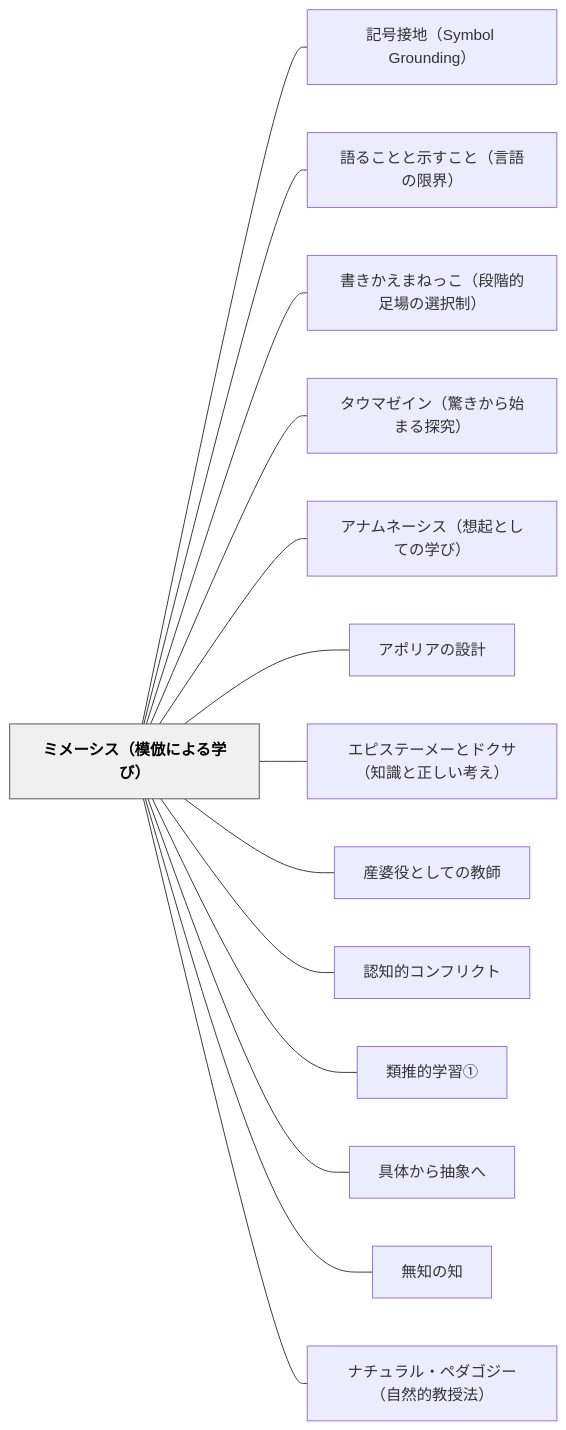
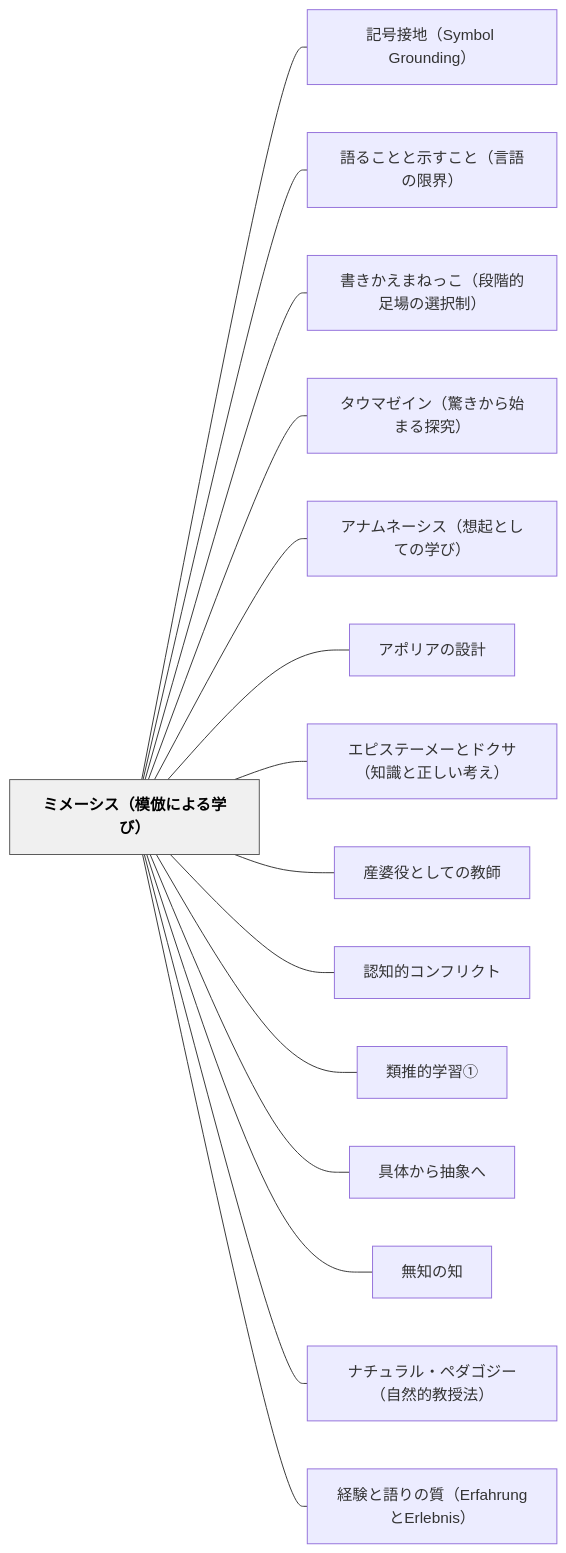
One commit to unknownthings-ed-patterns/unknownthings-ed-patterns changed the diagram in content/パタン/ミメーシス（模倣による学び）.md. Above: the diagram before and after it, drawn with Mermaid. The commit also changed other lines of this file and 9 other files, not shown here.

````diff
--- a/content/パタン/ミメーシス（模倣による学び）.md
+++ b/content/パタン/ミメーシス（模倣による学び）.md
@@ -291,34 +294,36 @@
 ```mermaid
 flowchart LR
     ne3839fe383a1e383bce382b7e382b9efbc88e6a8a1e580a3e381abe38288e3828be5ada6e381b3efbc89["ミメーシス（模倣による学び）"]
     ne8a898e58fb7e68ea5e59cb0efbc8853796d626f6c2047726f756e64696e67efbc89["記号接地（Symbol Grounding）"]
     ne8aa9ee3828be38193e381a8e381a8e7a4bae38199e38193e381a8efbc88e8a880e8aa9ee381aee99990e7958cefbc89["語ることと示すこと（言語の限界）"]
     ne69bb8e3818de3818be38188e381bee381ade381a3e38193efbc88e6aeb5e99a8ee79a84e8b6b3e5a0b4e381aee981b8e68a9ee588b6efbc89["書きかえまねっこ（段階的足場の選択制）"]
     ne382bfe382a6e3839ee382bce382a4e383b3efbc88e9a99ae3818de3818be38289e5a78be381bee3828be68ea2e7a9b6efbc89["タウマゼイン（驚きから始まる探究）"]
     ne382a2e3838ae383a0e3838de383bce382b7e382b9efbc88e683b3e8b5b7e381a8e38197e381a6e381aee5ada6e381b3efbc89["アナムネーシス（想起としての学び）"]
     ne382a2e3839de383aae382a2e381aee8a8ade8a888["アポリアの設計"]
     ne382a8e38394e382b9e38386e383bce383a1e383bce381a8e38389e382afe382b5efbc88e79fa5e8ad98e381a8e6ada3e38197e38184e88083e38188efbc89["エピステーメーとドクサ（知識と正しい考え）"]
     ne794a3e5a986e5bdb9e381a8e38197e381a6e381aee69599e5b8ab["産婆役としての教師"]
     ne8aa8de79fa5e79a84e382b3e383b3e38395e383aae382afe38388["認知的コンフリクト"]
     ne9a19ee68ea8e79a84e5ada6e7bf92e291a0["類推的学習①"]
     ne585b7e4bd93e3818be38289e68abde8b1a1e381b8["具体から抽象へ"]
     ne784a1e79fa5e381aee79fa5["無知の知"]
     ne3838ae38381e383a5e383a9e383abe383bbe3839ae38380e382b4e382b8e383bcefbc88e887aae784b6e79a84e69599e68e88e6b395efbc89["ナチュラル・ペダゴジー（自然的教授法）"]
+    ne7b58ce9a893e381a8e8aa9ee3828ae381aee8b3aaefbc88457266616872756e67e381a845726c65626e6973efbc89["経験と語りの質（ErfahrungとErlebnis）"]
 
     ne3839fe383a1e383bce382b7e382b9efbc88e6a8a1e580a3e381abe38288e3828be5ada6e381b3efbc89 --- ne8a898e58fb7e68ea5e59cb0efbc8853796d626f6c2047726f756e64696e67efbc89
     ne3839fe383a1e383bce382b7e382b9efbc88e6a8a1e580a3e381abe38288e3828be5ada6e381b3efbc89 --- ne8aa9ee3828be38193e381a8e381a8e7a4bae38199e38193e381a8efbc88e8a880e8aa9ee381aee99990e7958cefbc89
     ne3839fe383a1e383bce382b7e382b9efbc88e6a8a1e580a3e381abe38288e3828be5ada6e381b3efbc89 --- ne69bb8e3818de3818be38188e381bee381ade381a3e38193efbc88e6aeb5e99a8ee79a84e8b6b3e5a0b4e381aee981b8e68a9ee588b6efbc89
     ne3839fe383a1e383bce382b7e382b9efbc88e6a8a1e580a3e381abe38288e3828be5ada6e381b3efbc89 --- ne382bfe382a6e3839ee382bce382a4e383b3efbc88e9a99ae3818de3818be38289e5a78be381bee3828be68ea2e7a9b6efbc89
     ne3839fe383a1e383bce382b7e382b9efbc88e6a8a1e580a3e381abe38288e3828be5ada6e381b3efbc89 --- ne382a2e3838ae383a0e3838de383bce382b7e382b9efbc88e683b3e8b5b7e381a8e38197e381a6e381aee5ada6e381b3efbc89
     ne3839fe383a1e383bce382b7e382b9efbc88e6a8a1e580a3e381abe38288e3828be5ada6e381b3efbc89 --- ne382a2e3839de383aae382a2e381aee8a8ade8a888
     ne3839fe383a1e383bce382b7e382b9efbc88e6a8a1e580a3e381abe38288e3828be5ada6e381b3efbc89 --- ne382a8e38394e382b9e38386e383bce383a1e383bce381a8e38389e382afe382b5efbc88e79fa5e8ad98e381a8e6ada3e38197e38184e88083e38188efbc89
     ne3839fe383a1e383bce382b7e382b9efbc88e6a8a1e580a3e381abe38288e3828be5ada6e381b3efbc89 --- ne794a3e5a986e5bdb9e381a8e38197e381a6e381aee69599e5b8ab
     ne3839fe383a1e383bce382b7e382b9efbc88e6a8a1e580a3e381abe38288e3828be5ada6e381b3efbc89 --- ne8aa8de79fa5e79a84e382b3e383b3e38395e383aae382afe38388
     ne3839fe383a1e383bce382b7e382b9efbc88e6a8a1e580a3e381abe38288e3828be5ada6e381b3efbc89 --- ne9a19ee68ea8e79a84e5ada6e7bf92e291a0
     ne3839fe383a1e383bce382b7e382b9efbc88e6a8a1e580a3e381abe38288e3828be5ada6e381b3efbc89 --- ne585b7e4bd93e3818be38289e68abde8b1a1e381b8
     ne3839fe383a1e383bce382b7e382b9efbc88e6a8a1e580a3e381abe38288e3828be5ada6e381b3efbc89 --- ne784a1e79fa5e381aee79fa5
     ne3839fe383a1e383bce382b7e382b9efbc88e6a8a1e580a3e381abe38288e3828be5ada6e381b3efbc89 --- ne3838ae38381e383a5e383a9e383abe383bbe3839ae38380e382b4e382b8e383bcefbc88e887aae784b6e79a84e69599e68e88e6b395efbc89
+    ne3839fe383a1e383bce382b7e382b9efbc88e6a8a1e580a3e381abe38288e3828be5ada6e381b3efbc89 --- ne7b58ce9a893e381a8e8aa9ee3828ae381aee8b3aaefbc88457266616872756e67e381a845726c65626e6973efbc89
 
     classDef hub fill:#f0f0f0,stroke:#555,color:#000,font-weight:bold
     class ne3839fe383a1e383bce382b7e382b9efbc88e6a8a1e580a3e381abe38288e3828be5ada6e381b3efbc89 hub
 ```
````
